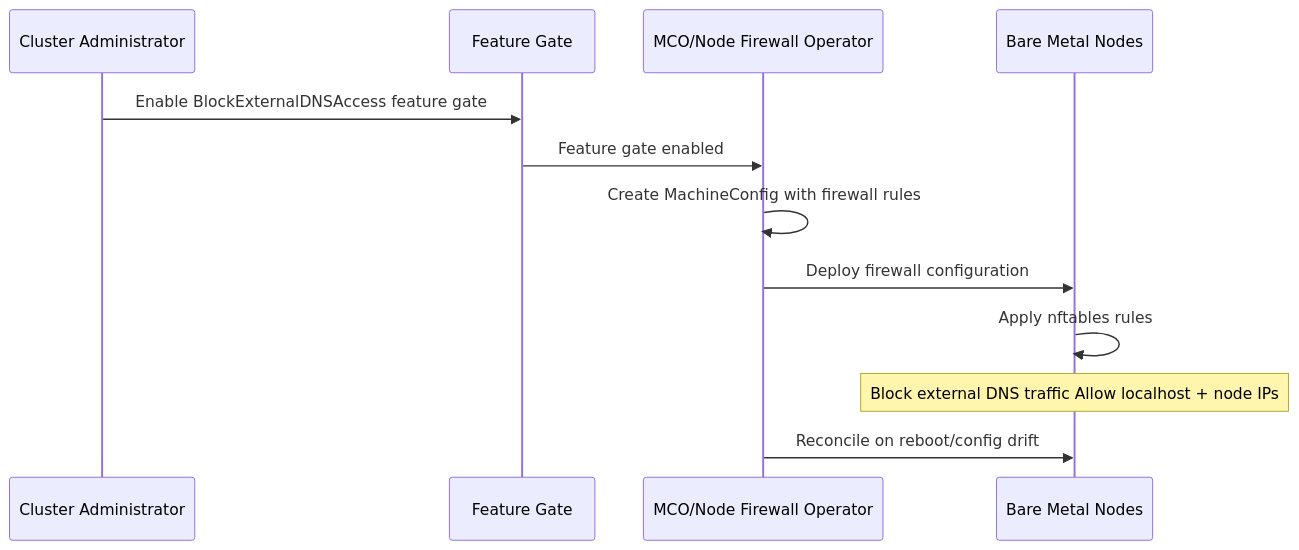
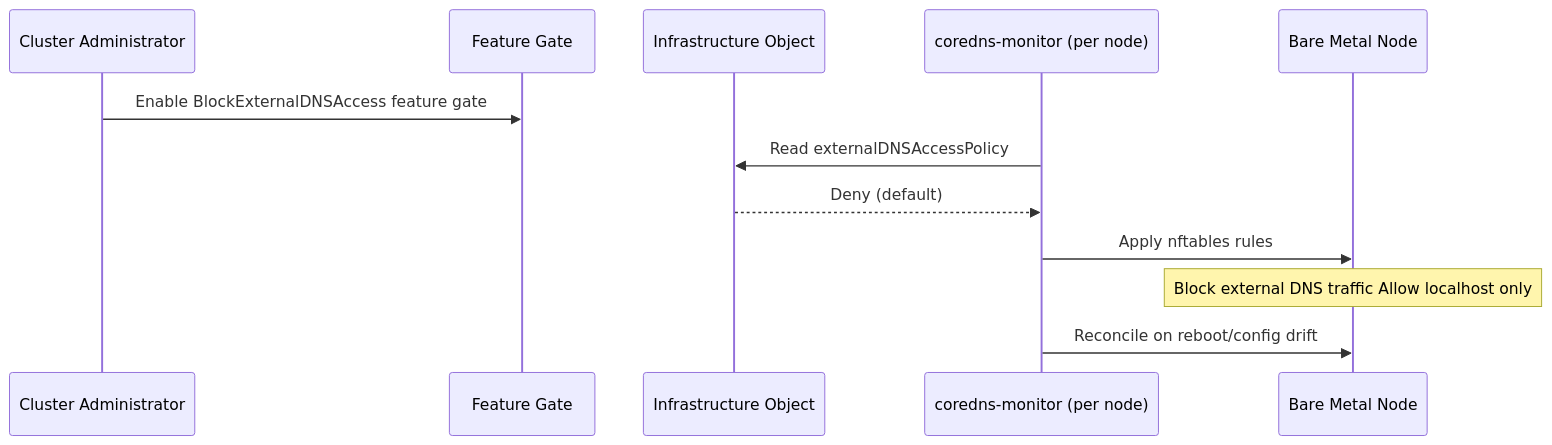
Before and after one commit to openshift/enhancements: the diagram in enhancements/network/block-external-access-to-coredns.md, drawn with Mermaid. The commit also changed other lines of this file, not shown here.

Commit message:
address further review comments, add coredns-monitor Firewall Management implementation proposal

````diff
--- a/enhancements/network/block-external-access-to-coredns.md
+++ b/enhancements/network/block-external-access-to-coredns.md
@@ -259,15 +233,15 @@
 ```mermaid
 sequenceDiagram
     participant Admin as Cluster Administrator
     participant FG as Feature Gate
-    participant MCO as MCO/Node Firewall Operator
-    participant Node as Bare Metal Nodes
+    participant Infra as Infrastructure Object
+    participant Monitor as coredns-monitor (per node)
+    participant Node as Bare Metal Node
 
     Admin->>FG: Enable BlockExternalDNSAccess feature gate
-    FG->>MCO: Feature gate enabled
-    MCO->>MCO: Create MachineConfig with firewall rules
-    MCO->>Node: Deploy firewall configuration
-    Node->>Node: Apply nftables rules
-    Note over Node: Block external DNS traffic Allow localhost + node IPs
-    MCO->>Node: Reconcile on reboot/config drift
+    Monitor->>Infra: Read externalDNSAccessPolicy
+    Infra-->>Monitor: Deny (default)
+    Monitor->>Node: Apply nftables rules
+    Note over Node: Block external DNS traffic Allow localhost only
+    Monitor->>Node: Reconcile on reboot/config drift
 ```
````
